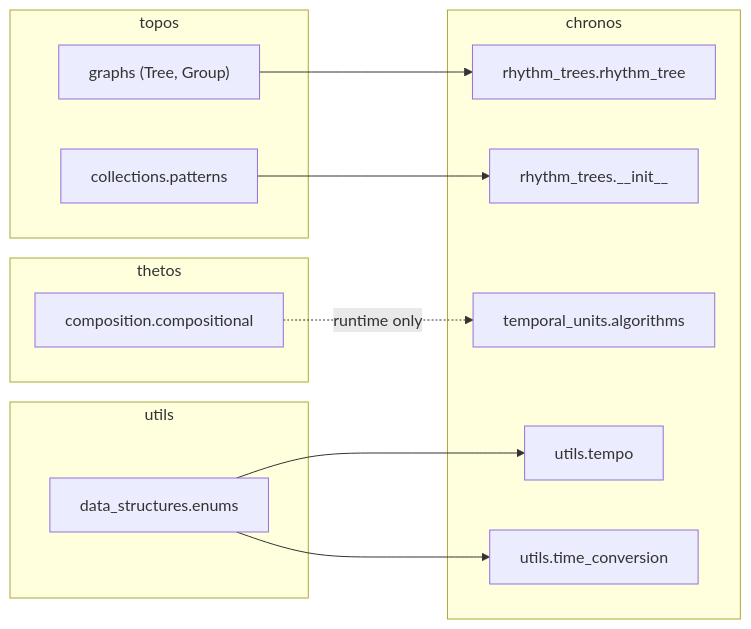
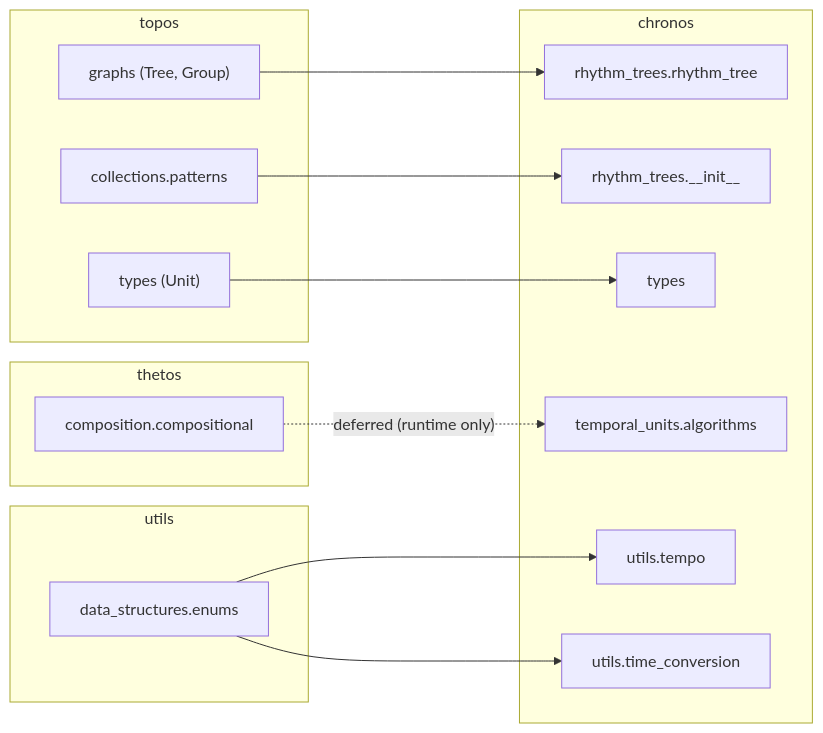
Before and after one commit to kr4g/Klotho: the third of 7 diagrams in docs/architecture/13_IMPORT_GRAPH.md, drawn with Mermaid. The commit also changed other lines of this file and 13 other files, not shown here.

First line of the commit message:
Overhaul architecture docs for Klotho 10.x API

````diff
--- a/docs/architecture/13_IMPORT_GRAPH.md
+++ b/docs/architecture/13_IMPORT_GRAPH.md
@@ -172,29 +178,32 @@
 ```mermaid
 flowchart LR
     subgraph chronos
         rt["rhythm_trees.rhythm_tree"]
         rt_init["rhythm_trees.__init__"]
+        c_types["types"]
         ut_alg["temporal_units.algorithms"]
         c_tempo["utils.tempo"]
         c_time["utils.time_conversion"]
     end
 
     subgraph topos
         tree_group["graphs (Tree, Group)"]
         patterns["collections.patterns"]
+        t_types["types (Unit)"]
     end
 
     subgraph utils
         enums["data_structures.enums"]
     end
 
     subgraph thetos
         comp["composition.compositional"]
     end
 
     tree_group --> rt
     patterns --> rt_init
+    t_types --> c_types
     enums --> c_tempo
     enums --> c_time
-    comp -.->|"runtime only"| ut_alg
+    comp -.->|"deferred (runtime only)"| ut_alg
 ```
````
